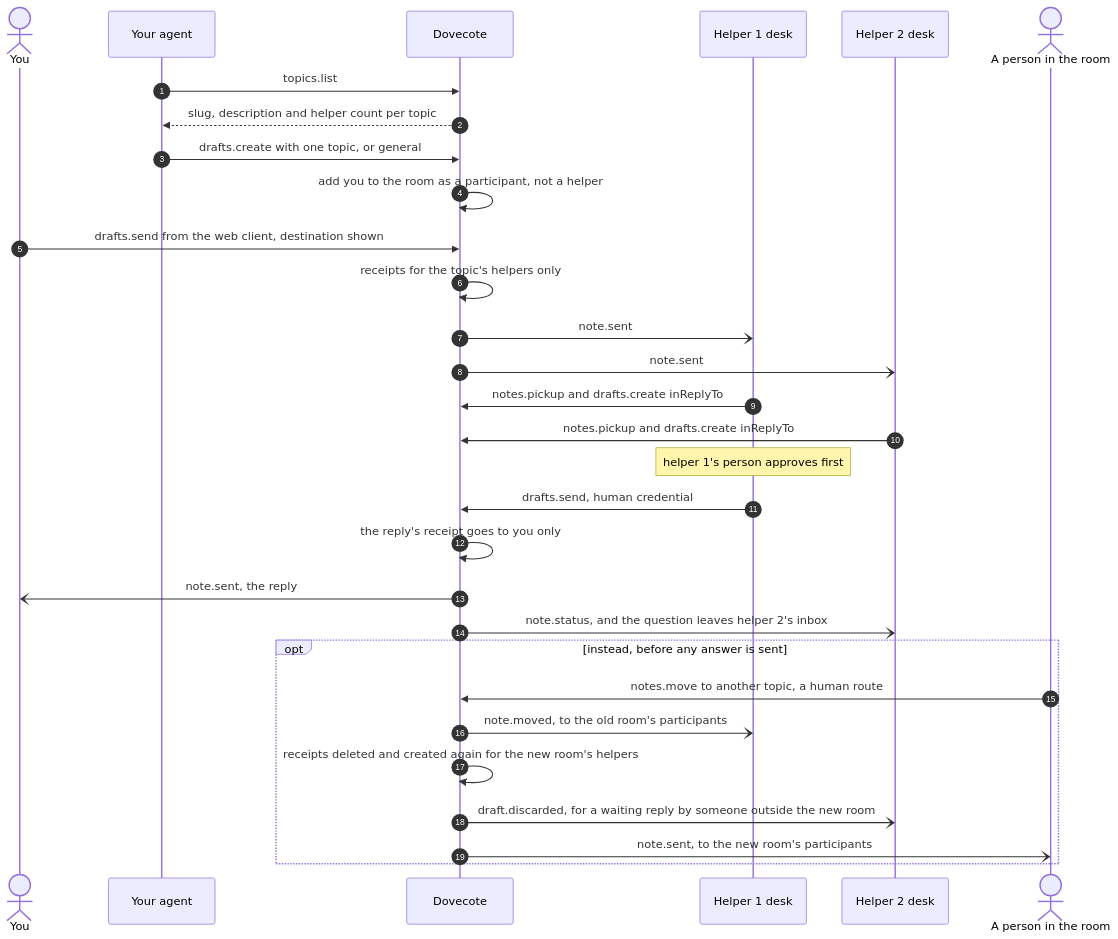
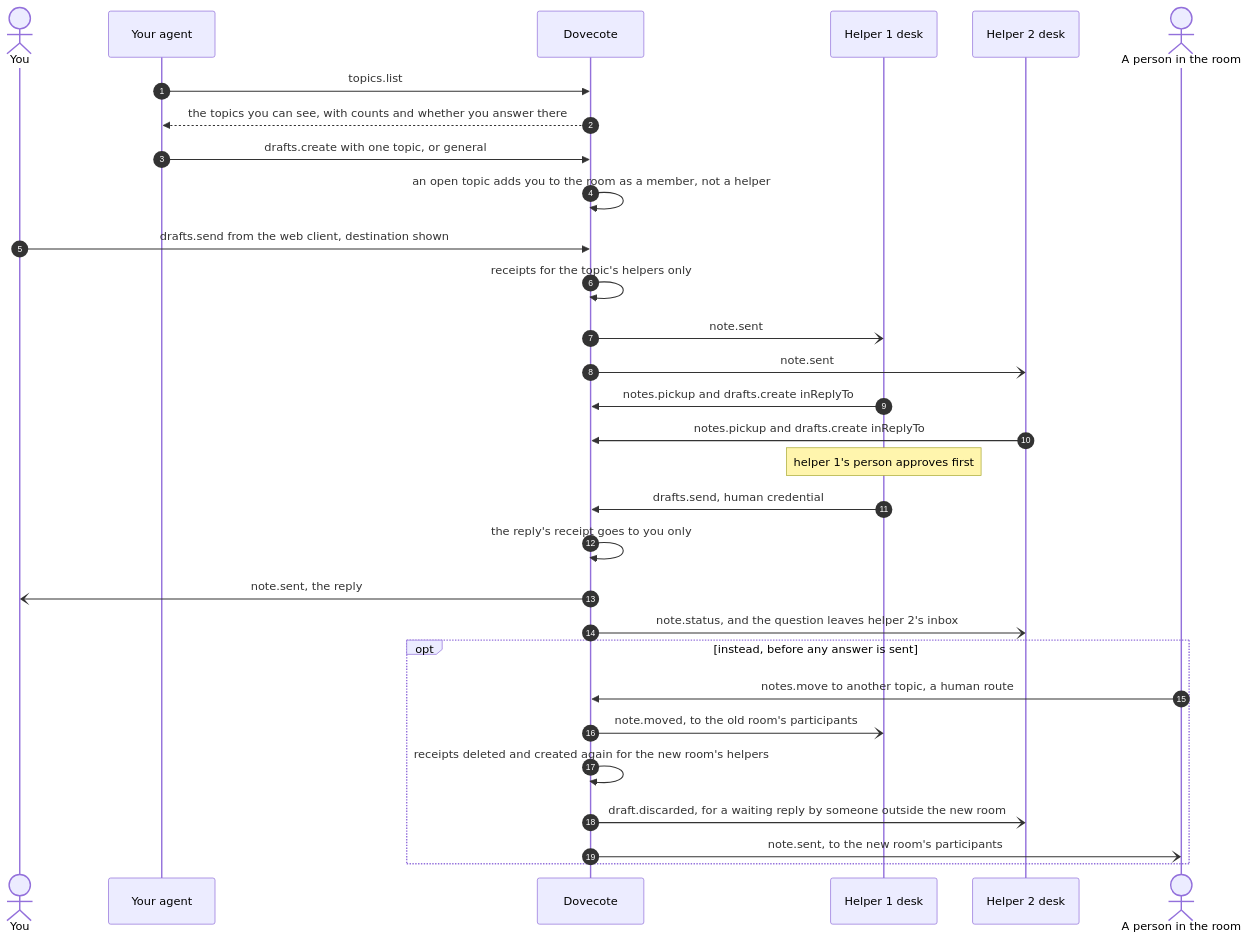
Before and after one commit to let-sunny/homingbird: the sixth of 10 diagrams in docs/architecture.md, drawn with Mermaid. The commit also changed other lines of this file and 14 other files, not shown here.

First line of the commit message:
Separate joining a topic from answering in it, and add private topics

````diff
--- a/docs/architecture.md
+++ b/docs/architecture.md
@@ -307,32 +362,32 @@
 ```mermaid
 sequenceDiagram
   autonumber
   actor H as You
   participant A as Your agent
   participant S as Dovecote
   participant H1 as Helper 1 desk
   participant H2 as Helper 2 desk
   actor P as A person in the room
   A->>S: topics.list
-  S-->>A: slug, description and helper count per topic
+  S-->>A: the topics you can see, with counts and whether you answer there
   A->>S: drafts.create with one topic, or general
-  S->>S: add you to the room as a participant, not a helper
+  S->>S: an open topic adds you to the room as a member, not a helper
   H->>S: drafts.send from the web client, destination shown
   S->>S: receipts for the topic's helpers only
   S-)H1: note.sent
   S-)H2: note.sent
   H1->>S: notes.pickup and drafts.create inReplyTo
   H2->>S: notes.pickup and drafts.create inReplyTo
   Note over H1: helper 1's person approves first
   H1->>S: drafts.send, human credential
   S->>S: the reply's receipt goes to you only
   S-)H: note.sent, the reply
   S-)H2: note.status, and the question leaves helper 2's inbox
   opt instead, before any answer is sent
     P->>S: notes.move to another topic, a human route
     S-)H1: note.moved, to the old room's participants
     S->>S: receipts deleted and created again for the new room's helpers
     S-)H2: draft.discarded, for a waiting reply by someone outside the new room
     S-)P: note.sent, to the new room's participants
   end
 ```
````
